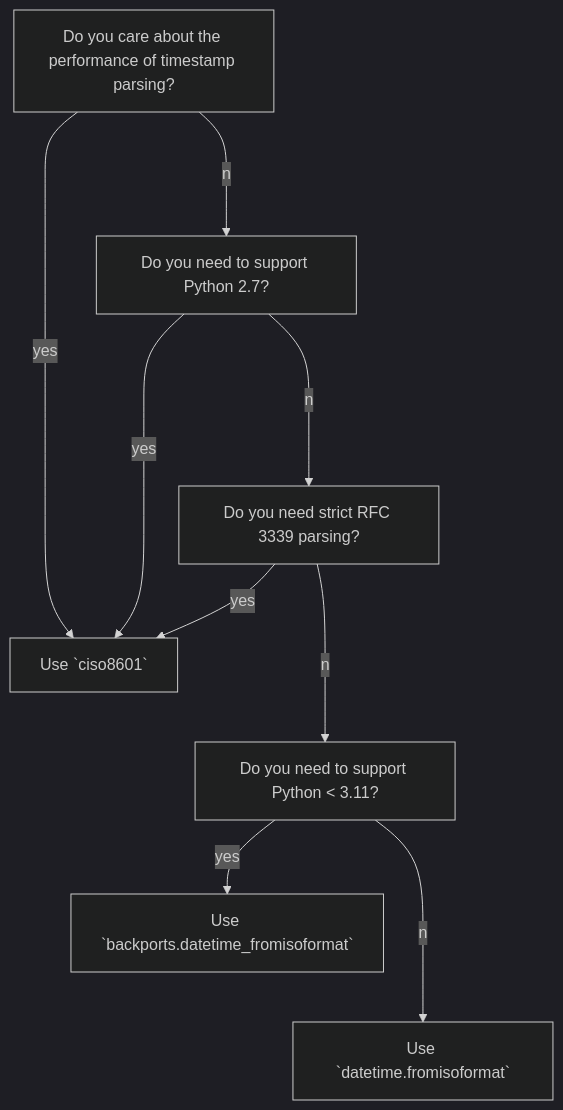
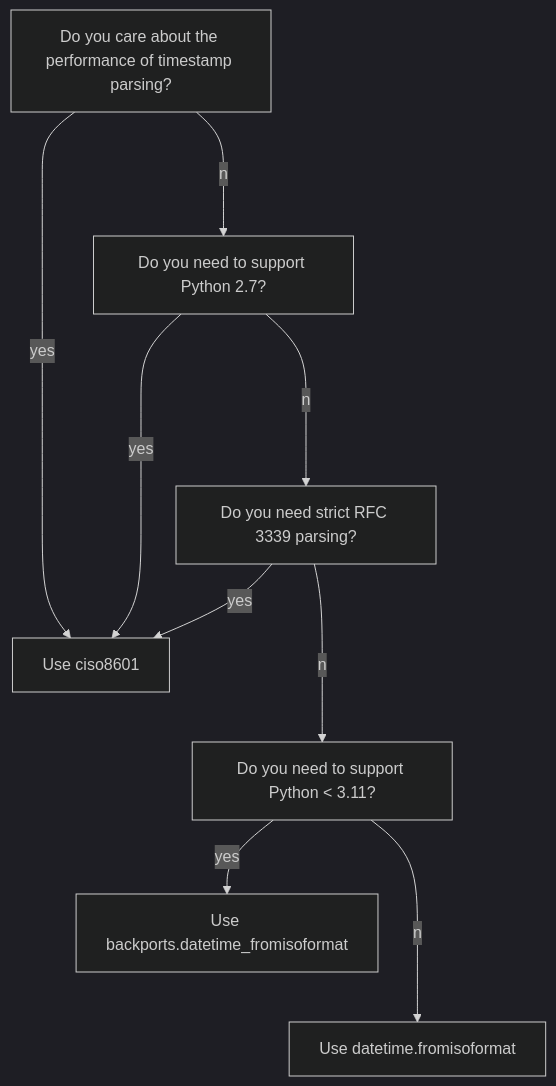
The diagram in why_ciso8601.md (closeio/ciso8601), drawn with Mermaid (dark theme) before and after one commit.

Commit message:
Remove unsupported backticks
Previously, one could include backticks in their node labels. However, Mermaid v10 introduced "Markdown formatting" (which despite its name is not Markdown, but just Markdown-style bold and italics) which uses the backticks as part of its delimiters. This broke these labels.

I've changed the labels to no longer use the backticks. 🤷

````diff
--- a/why_ciso8601.md
+++ b/why_ciso8601.md
@@ -14,22 +14,22 @@
 ```mermaid
 graph TD;
     A[Do you care about the performance of timestamp parsing?]
     A--yes-->Y;
     A--no-->C;
 
     C[Do you need to support Python 2.7?];
     C--yes-->Y
     C--no-->E
 
     E[Do you need strict RFC 3339 parsing?];
     E--yes-->Y;
     E--no-->H;
 
     H[Do you need to support Python < 3.11?]
     H--yes-->V;
     H--no-->Z;
 
-    V[Use `backports.datetime_fromisoformat`]
-    Y[Use `ciso8601`]
-    Z[Use `datetime.fromisoformat`]
+    V[Use backports.datetime_fromisoformat]
+    Y[Use ciso8601]
+    Z[Use datetime.fromisoformat]
 ```
````
